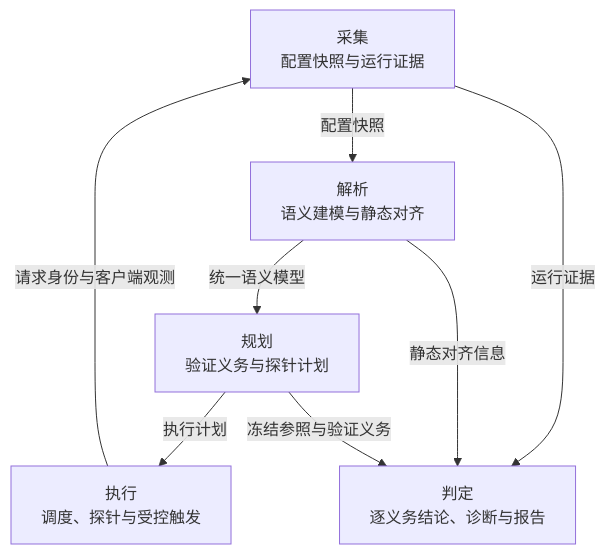
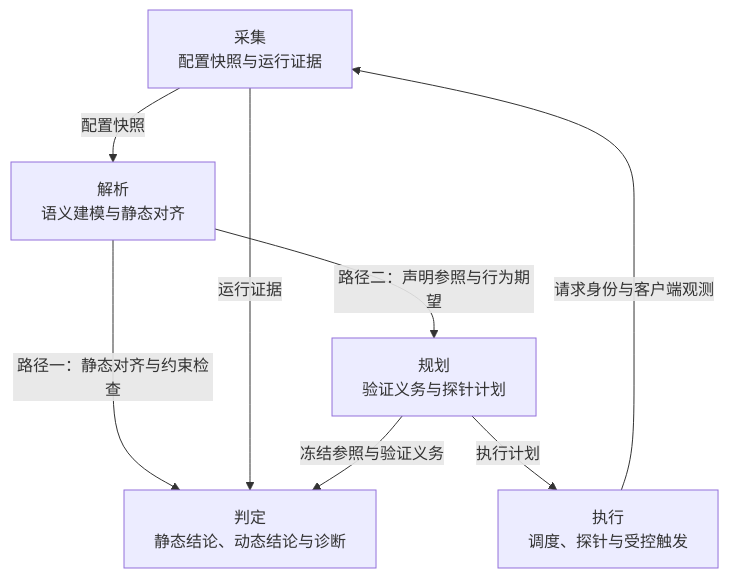
Before and after one commit to zzz-cx/Meshscope: the first of 3 diagrams in README.md, drawn with Mermaid. The commit also changed other lines of this file and 4 other files, not shown here.

````diff
--- a/README.md
+++ b/README.md
@@ -11,10 +11,10 @@
 ```mermaid
 flowchart TD
     A["采集<br/>配置快照与运行证据"] -->|配置快照| B["解析<br/>语义建模与静态对齐"]
-    B -->|统一语义模型| C["规划<br/>验证义务与探针计划"]
+    B -->|路径一：静态对齐与约束检查| E["判定<br/>静态结论、动态结论与诊断"]
+    B -->|路径二：声明参照与行为期望| C["规划<br/>验证义务与探针计划"]
     C -->|执行计划| D["执行<br/>调度、探针与受控触发"]
     D -->|请求身份与客户端观测| A
-    A -->|运行证据| E["判定<br/>逐义务结论、诊断与报告"]
-    B -->|静态对齐信息| E
+    A -->|运行证据| E
     C -->|冻结参照与验证义务| E
 ```
````
